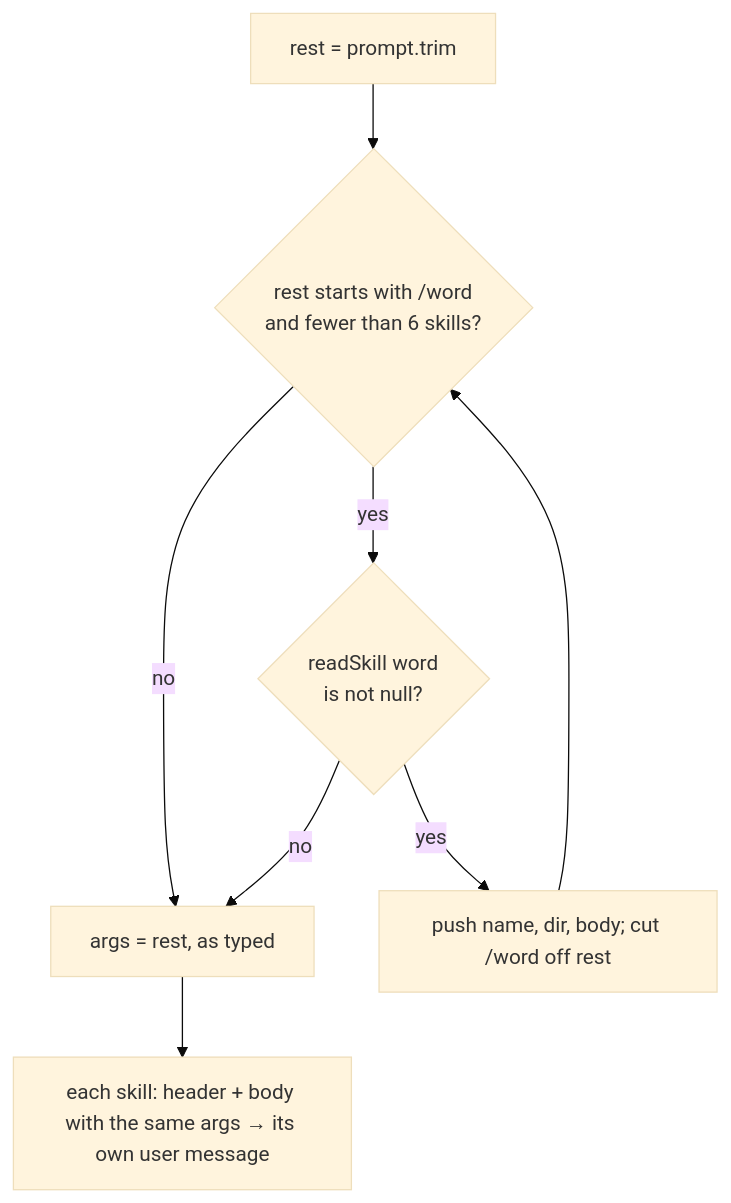
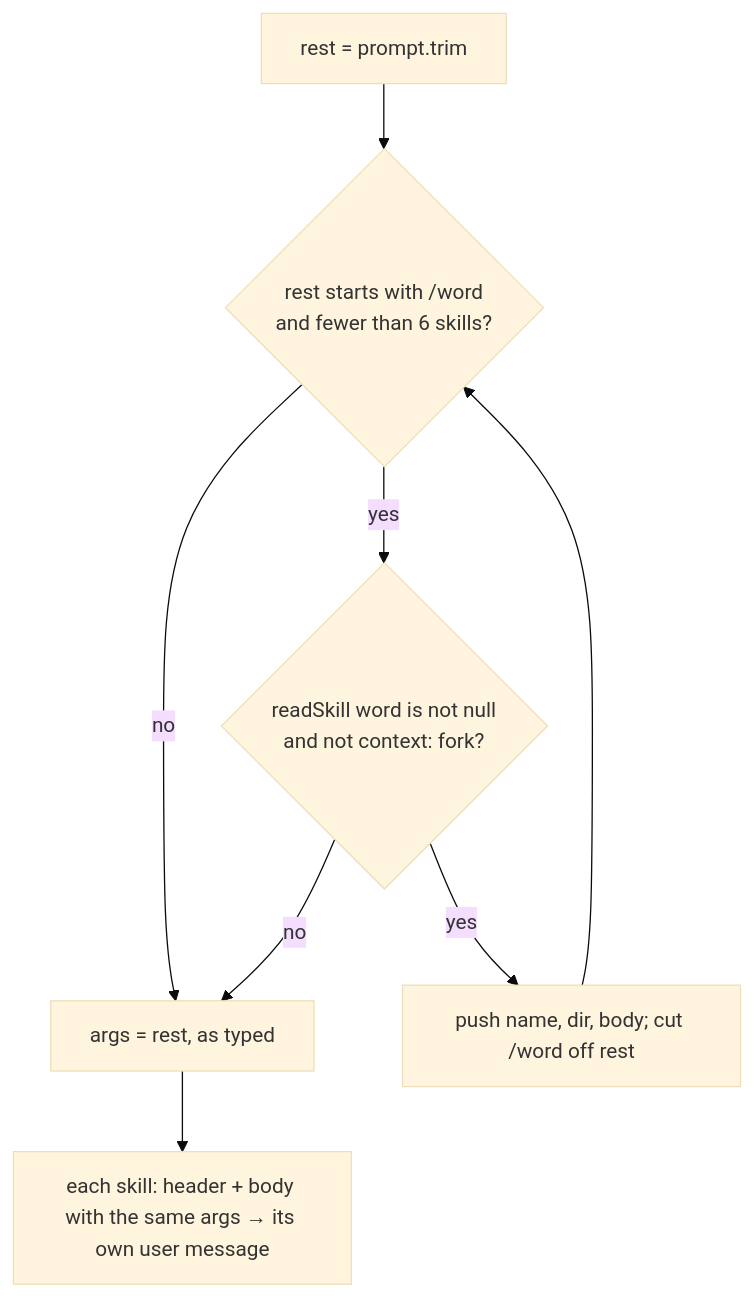
The second of 2 diagrams in WORKFLOW.md (shreyaspangal/claude-code), drawn with Mermaid (base theme) before and after one commit. The commit also changed other lines of this file and 3 other files, not shown here.

First line of the commit message:
feat: Run context: fork skills in a subagent

````diff
--- a/WORKFLOW.md
+++ b/WORKFLOW.md
@@ -39,9 +44,9 @@
 ```mermaid
 flowchart TD
     A[rest = prompt.trim] --> B{rest starts with /word<br/>and fewer than 6 skills?}
     B -- no --> E[args = rest, as typed]
-    B -- yes --> C{readSkill word<br/>is not null?}
+    B -- yes --> C{readSkill word is not null<br/>and not context: fork?}
     C -- no --> E
     C -- yes --> D[push name, dir, body; cut /word off rest] --> B
     E --> F[each skill: header + body with the same args → its own user message]
 ```
````
